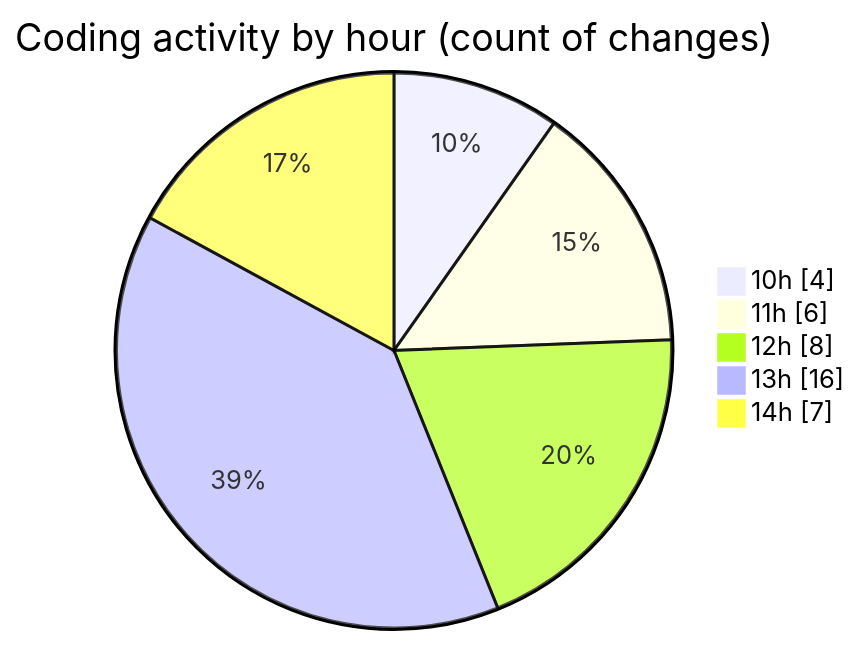
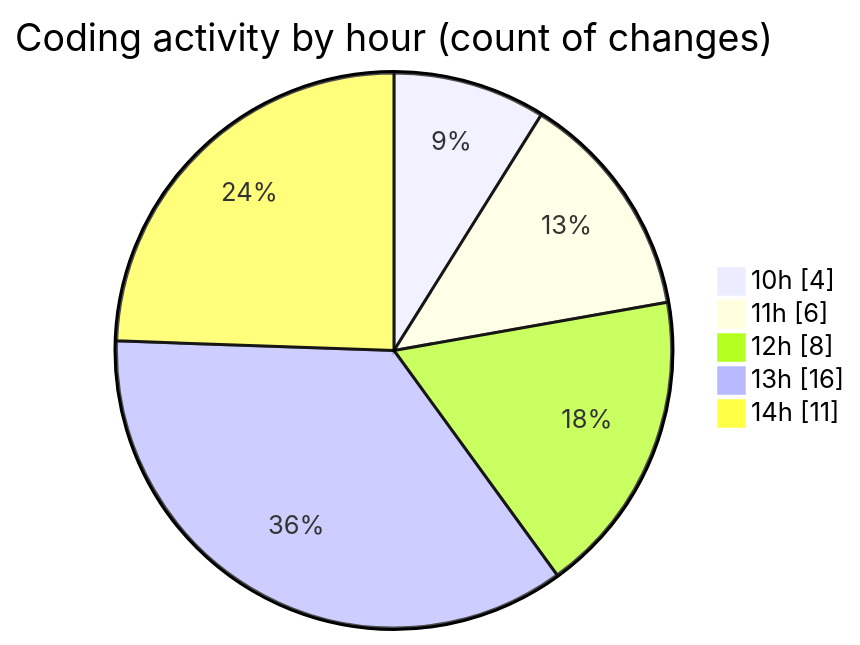
The second of 2 diagrams in 2025-10-03/totem2/README.md (LanceThiago/code-tracking), drawn with Mermaid before and after one commit. The commit also changed other lines of this file and 1 other file, not shown here.

````diff
--- a/2025-10-03/totem2/README.md
+++ b/2025-10-03/totem2/README.md
@@ -30,9 +30,9 @@
 ```mermaid
 pie showData
 title Coding activity by hour (count of changes)
 "10h" : 4
 "11h" : 6
 "12h" : 8
 "13h" : 16
-"14h" : 7
+"14h" : 11
 ```
````
